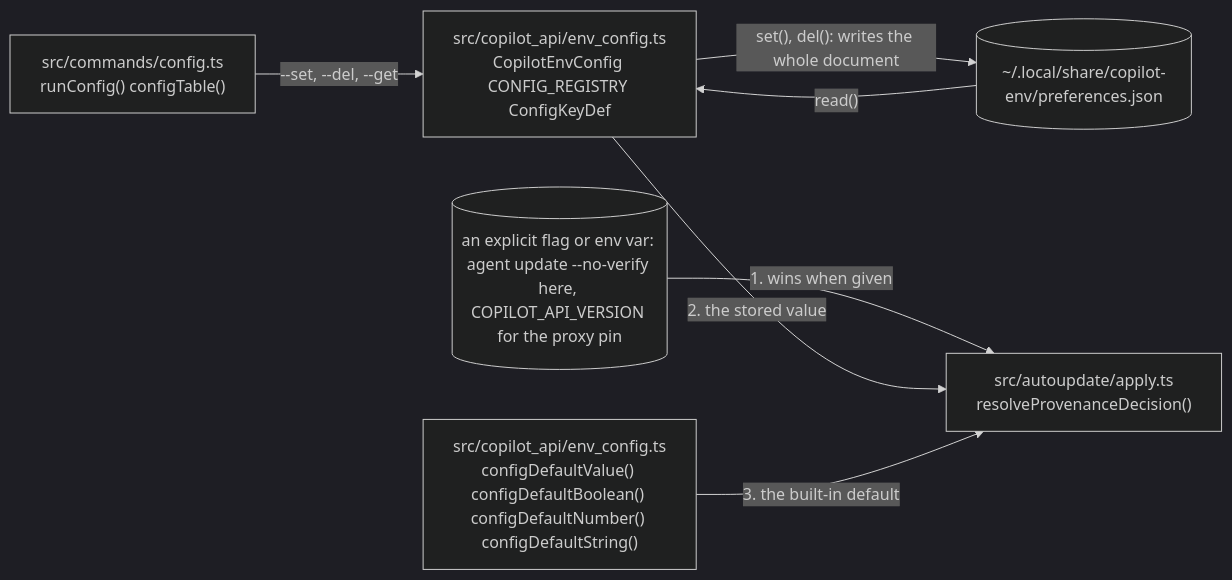
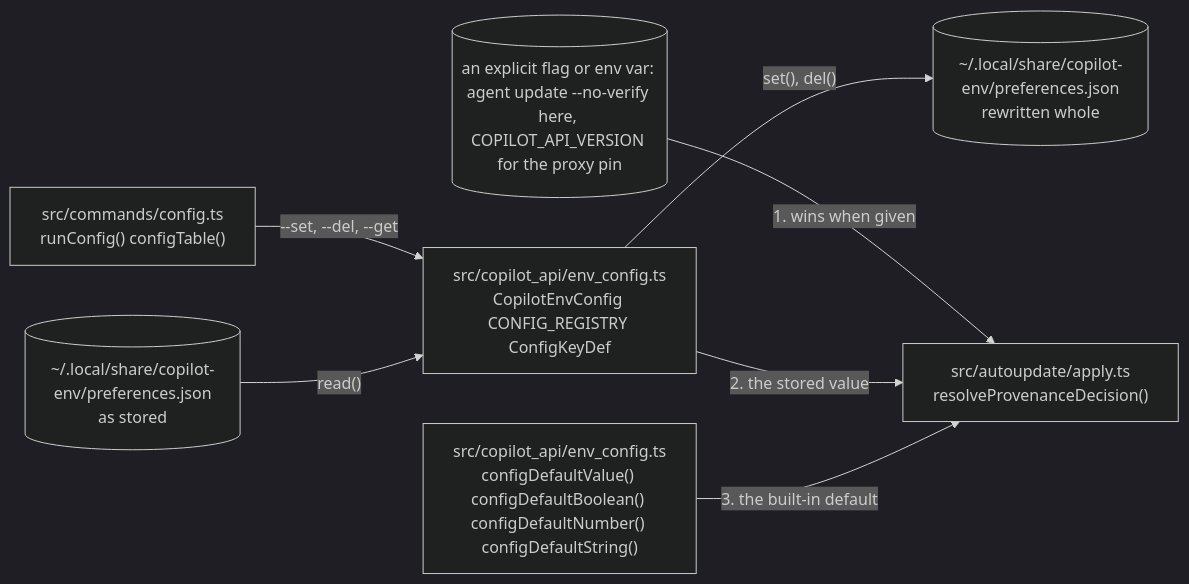
The fifth of 8 diagrams in docs/architecture.md (Vivswan/copilot-env), drawn with Mermaid (dark theme) before and after one commit. The commit also changed other lines of this file and 3 other files, not shown here.

Commit message:
docs: end the config and update diagrams at the file written, order the sidebar groups, split the long auth bullet

````diff
--- a/docs/architecture.md
+++ b/docs/architecture.md
@@ -162,15 +165,16 @@
 ```mermaid
 flowchart LR
   flag[("an explicit flag or env var: agent update --no-verify here, COPILOT_API_VERSION for the proxy pin")]
   cmd["src/commands/config.ts<br>runConfig() configTable()"]
-  prefs[("~/.local/share/copilot-env/preferences.json")]
+  prefsin[("~/.local/share/copilot-env/preferences.json<br>as stored")]
   store["src/copilot_api/env_config.ts<br>CopilotEnvConfig CONFIG_REGISTRY ConfigKeyDef"]
   dflt["src/copilot_api/env_config.ts<br>configDefaultValue() configDefaultBoolean() configDefaultNumber() configDefaultString()"]
   site["src/autoupdate/apply.ts<br>resolveProvenanceDecision()"]
+  prefsout[("~/.local/share/copilot-env/preferences.json<br>rewritten whole")]
   cmd -->|"--set, --del, --get"| store
-  store -->|"set(), del(): writes the whole document"| prefs
-  prefs -->|"read()"| store
+  prefsin -->|"read()"| store
+  store -->|"set(), del()"| prefsout
   flag -->|"1. wins when given"| site
   store -->|"2. the stored value"| site
   dflt -->|"3. the built-in default"| site
 ```
````
